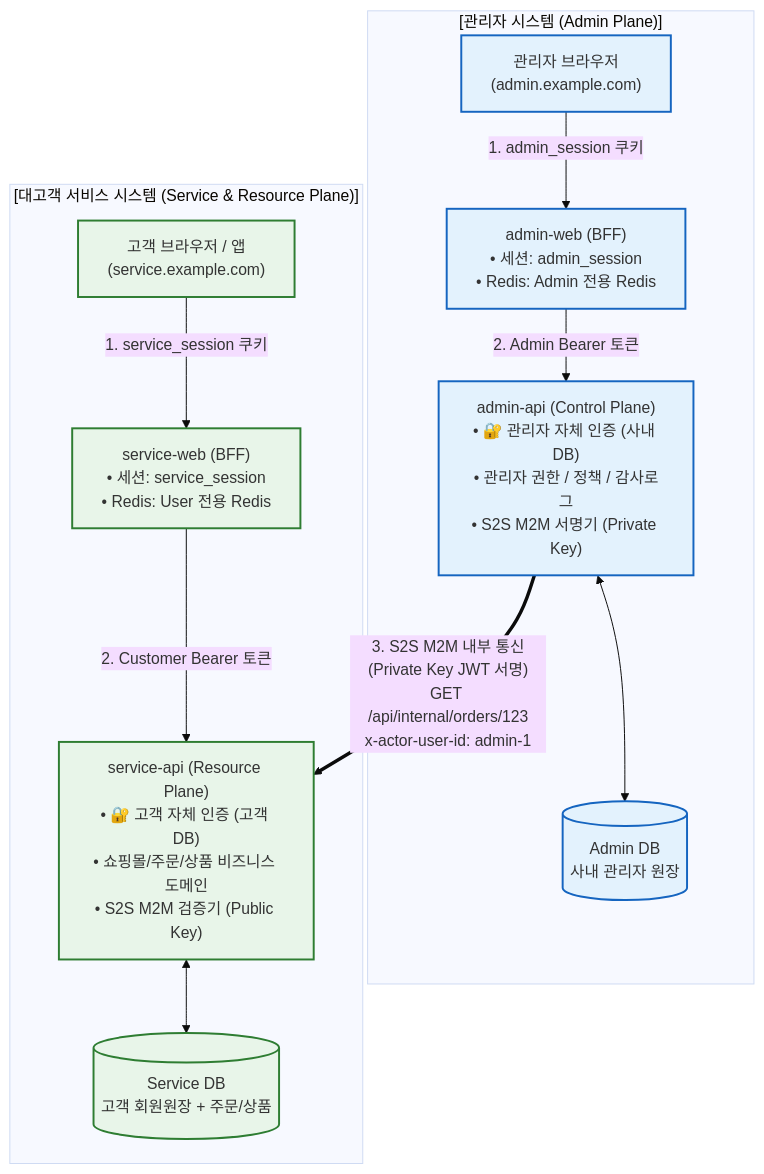
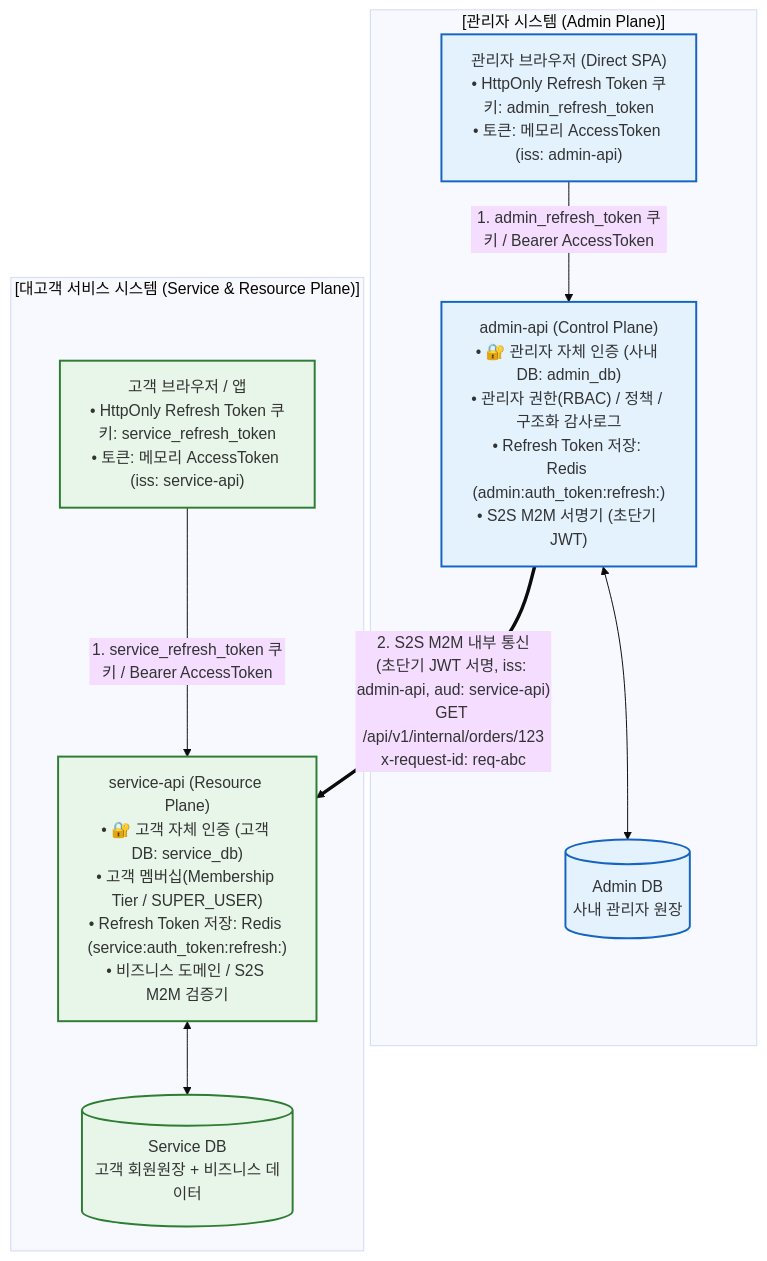
Before and after one commit to JYK0128/web-framework-app: the first of 3 diagrams in docs/independent-auth-m2m-architecture.md, drawn with Mermaid (base theme). The commit also changed other lines of this file and 131 other files, not shown here.

Commit message:
refactor(auth): align control and service plane boundaries

````diff
--- a/docs/independent-auth-m2m-architecture.md
+++ b/docs/independent-auth-m2m-architecture.md
@@ -24,32 +26,28 @@
 ```mermaid
 flowchart TB
     subgraph AdminSystem["[관리자 시스템 (Admin Plane)]"]
-        AdminBrowser["관리자 브라우저\n(admin.example.com)"]
-        AdminBFF["admin-web (BFF)\n• 세션: admin_session\n• Redis: Admin 전용 Redis"]
-        AdminAPI["admin-api (Control Plane)\n• 🔐 관리자 자체 인증 (사내 DB)\n• 관리자 권한 / 정책 / 감사로그\n• S2S M2M 서명기 (Private Key)"]
+        AdminBrowser["관리자 브라우저 (Direct SPA)\n• HttpOnly Refresh Token 쿠키: admin_refresh_token\n• 토큰: 메모리 AccessToken (iss: admin-api)"]
+        AdminAPI["admin-api (Control Plane)\n• 🔐 관리자 자체 인증 (사내 DB: admin_db)\n• 관리자 권한(RBAC) / 정책 / 구조화 감사로그\n• Refresh Token 저장: Redis (admin:auth_token:refresh:<sha256>)\n• S2S M2M 서명기 (초단기 JWT)"]
         AdminDB[(Admin DB\n사내 관리자 원장)]
 
-        AdminBrowser -- "1. admin_session 쿠키" --> AdminBFF
-        AdminBFF -- "2. Admin Bearer 토큰" --> AdminAPI
+        AdminBrowser -- "1. admin_refresh_token 쿠키 / Bearer AccessToken" --> AdminAPI
         AdminAPI <--> AdminDB
     end
 
     subgraph ServiceSystem["[대고객 서비스 시스템 (Service & Resource Plane)]"]
-        UserBrowser["고객 브라우저 / 앱\n(service.example.com)"]
-        UserBFF["service-web (BFF)\n• 세션: service_session\n• Redis: User 전용 Redis"]
-        ServiceAPI["service-api (Resource Plane)\n• 🔐 고객 자체 인증 (고객 DB)\n• 쇼핑몰/주문/상품 비즈니스 도메인\n• S2S M2M 검증기 (Public Key)"]
-        ServiceDB[(Service DB\n고객 회원원장 + 주문/상품)]
+        UserBrowser["고객 브라우저 / 앱\n• HttpOnly Refresh Token 쿠키: service_refresh_token\n• 토큰: 메모리 AccessToken (iss: service-api)"]
+        ServiceAPI["service-api (Resource Plane)\n• 🔐 고객 자체 인증 (고객 DB: service_db)\n• 고객 멤버십(Membership Tier / SUPER_USER)\n• Refresh Token 저장: Redis (service:auth_token:refresh:<sha256>)\n• 비즈니스 도메인 / S2S M2M 검증기"]
+        ServiceDB[(Service DB\n고객 회원원장 + 비즈니스 데이터)]
 
-        UserBrowser -- "1. service_session 쿠키" --> UserBFF
-        UserBFF -- "2. Customer Bearer 토큰" --> ServiceAPI
+        UserBrowser -- "1. service_refresh_token 쿠키 / Bearer AccessToken" --> ServiceAPI
         ServiceAPI <--> ServiceDB
     end
 
     %% 내부 M2M 통신 연결선
-    AdminAPI ==> |"3. S2S M2M 내부 통신\n(Private Key JWT 서명)\nGET /api/internal/orders/123\nx-actor-user-id: admin-1"| ServiceAPI
+        AdminAPI ==> |"2. S2S M2M 내부 통신\n(초단기 JWT 서명, iss: admin-api, aud: service-api)\nGET /api/v1/internal/orders/123\nx-request-id: req-abc"| ServiceAPI
 
     classDef admin fill:#e3f2fd,stroke:#1565c0,stroke-width:2px;
     classDef user fill:#e8f5e9,stroke:#2e7d32,stroke-width:2px;
-    class AdminBrowser,AdminBFF,AdminAPI,AdminDB admin;
-    class UserBrowser,UserBFF,ServiceAPI,ServiceDB user;
+    class AdminBrowser,AdminAPI,AdminDB admin;
+    class UserBrowser,ServiceAPI,ServiceDB user;
 ```
````
